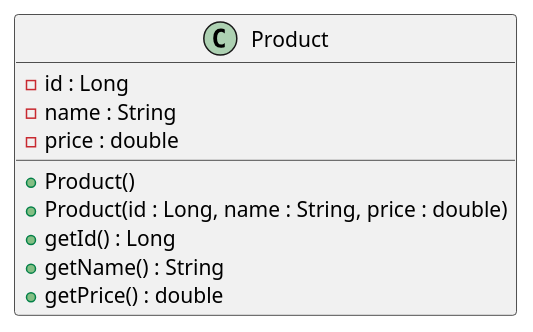
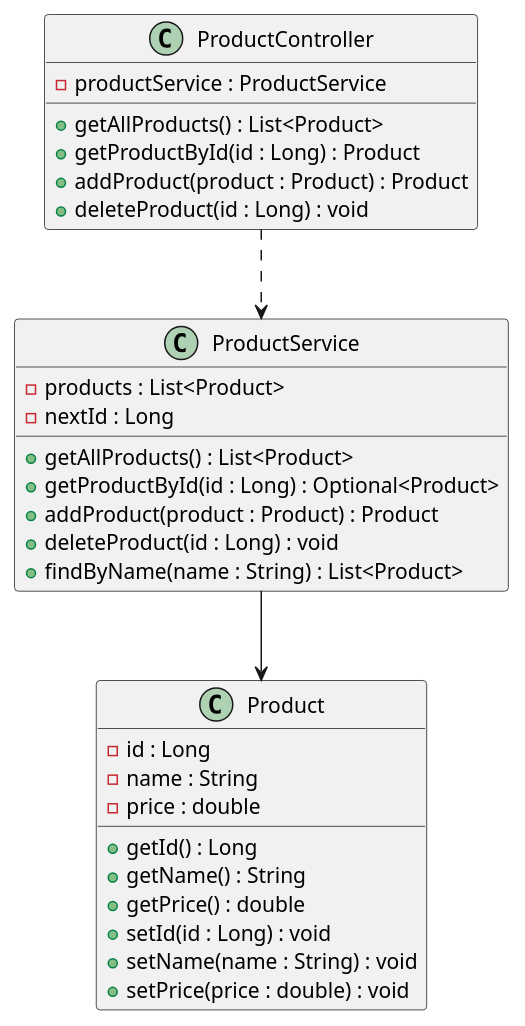
Before and after one commit to sahan20240094-dev/products-api: the diagram in docs/uml/Product.puml, drawn with PlantUML. The commit also changed 4 other files, not shown here.

Commit message:
Tutorial 3: ProductService with List - four CRUD endpoints working

```diff
--- a/docs/uml/Product.puml
+++ b/docs/uml/Product.puml
@@ -1,14 +1,39 @@
 @startuml
 
 class Product {
-- id : Long
-- name : String
-- price : double
-+ Product()
-+ Product(id : Long, name : String, price : double)
-+ getId() : Long
-+ getName() : String
-+ getPrice() : double
+  - id : Long
+  - name : String
+  - price : double
+  + getId() : Long
+  + getName() : String
+  + getPrice() : double
+  + setId(id : Long) : void
+  + setName(name : String) : void
+  + setPrice(price : double) : void
 }
 
+class ProductService {
+  - products : List<Product>
+  - nextId : Long
+  + getAllProducts() : List<Product>
+  + getProductById(id : Long) : Optional<Product>
+  + addProduct(product : Product) : Product
+  + deleteProduct(id : Long) : void
+  + findByName(name : String) : List<Product>
+}
+
+class ProductController {
+  - productService : ProductService
+  + getAllProducts() : List<Product>
+  + getProductById(id : Long) : Product
+  + addProduct(product : Product) : Product
+  + deleteProduct(id : Long) : void
+}
+
+' ..> is a dependency: DASHED line, open arrow
+ProductController ..> ProductService
+
+' --> is an association: SOLID line
+ProductService --> Product
+
 @enduml
```
